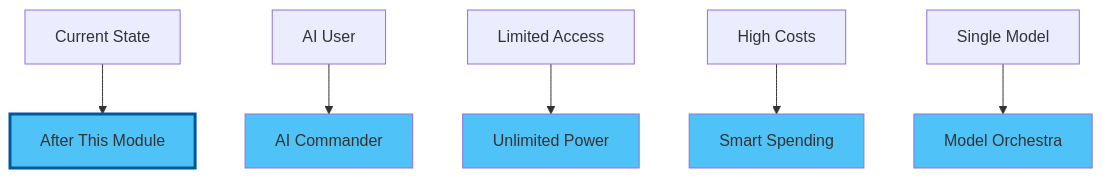
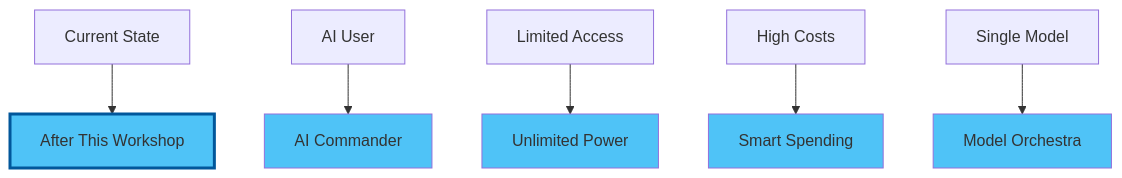
The fifth of 5 diagrams in public/data/workshops/workshop-02-morning-ai-api-access/00_introduction.md (DreamLab-AI/dreamlab-ai-website), drawn with Mermaid before and after one commit. The commit also changed other lines of this file and 122 other files, not shown here.

````diff
--- a/public/data/workshops/workshop-02-morning-ai-api-access/00_introduction.md
+++ b/public/data/workshops/workshop-02-morning-ai-api-access/00_introduction.md
@@ -206,15 +206,15 @@
 ```mermaid
 graph TD
-    A[Current State] --> B[After This Module]
+    A[Current State] --> B[After This Workshop]
     
     A1["AI User"] --> B1["AI Commander"]
     A2["Limited Access"] --> B2["Unlimited Power"]
     A3["High Costs"] --> B3["Smart Spending"]
     A4["Single Model"] --> B4["Model Orchestra"]
     
     style B fill:#4fc3f7,stroke:#01579b,stroke-width:3px
     style B1 fill:#4fc3f7
     style B2 fill:#4fc3f7
     style B3 fill:#4fc3f7
     style B4 fill:#4fc3f7
 ```
````
